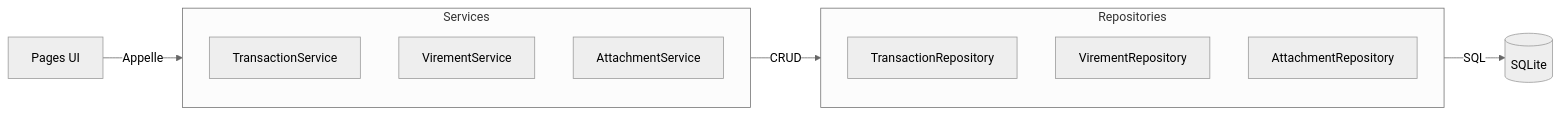
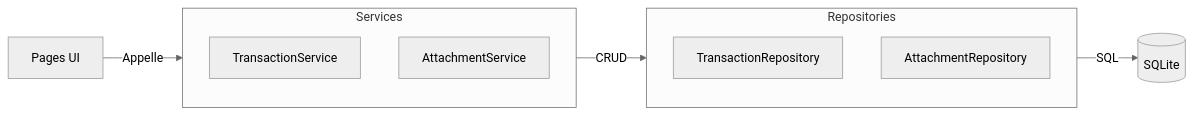
One commit to mdjabi2005-commits/gestio-feature changed the diagram in backend/domains/transactions/services/README.md. Above: the diagram before and after it, drawn with Mermaid (neutral theme). The commit also changed other lines of this file and 43 other files, not shown here.

````diff
--- a/backend/domains/transactions/services/README.md
+++ b/backend/domains/transactions/services/README.md
@@ -24,18 +23,16 @@
 ```mermaid
 graph LR
     Pages[Pages UI] -->|Appelle| Services
     Services -->|CRUD| Repositories
     Repositories -->|SQL| DB[(SQLite)]
 
     subgraph "Services"
         TxS[TransactionService]
-        VirmS[VirementService]
         AttS[AttachmentService]
     end
 
     subgraph "Repositories"
         TxR[TransactionRepository]
-        VirmR[VirementRepository]
         AttR[AttachmentRepository]
     end
 ```
````
